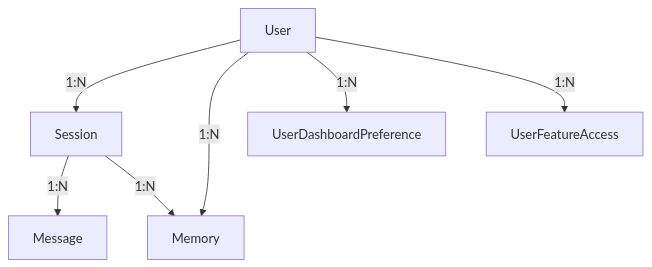
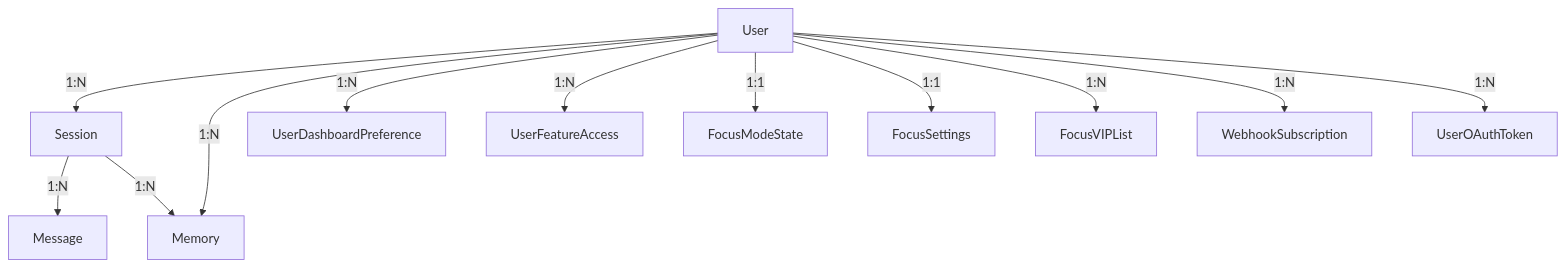
One commit to tekkno89/alfred-pa changed the diagram in .claude/diagrams/database-erd.md. Above: the diagram before and after it, drawn with Mermaid. The commit also changed other lines of this file and 20 other files, not shown here.

````diff
--- a/.claude/diagrams/database-erd.md
+++ b/.claude/diagrams/database-erd.md
@@ -5,9 +5,14 @@
 ```mermaid
 graph TD
     A[User] -->|1:N| B[Session]
     A -->|1:N| C[Memory]
     A -->|1:N| E[UserDashboardPreference]
     A -->|1:N| F[UserFeatureAccess]
+    A -->|1:1| G[FocusModeState]
+    A -->|1:1| H[FocusSettings]
+    A -->|1:N| I[FocusVIPList]
+    A -->|1:N| J[WebhookSubscription]
+    A -->|1:N| K[UserOAuthToken]
     B -->|1:N| D[Message]
     B -->|1:N| C
 ```
````
